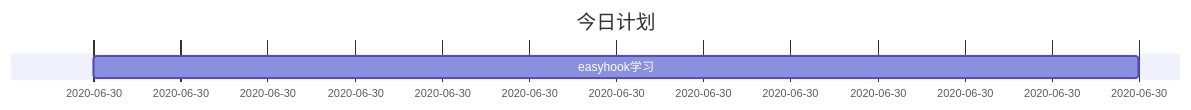
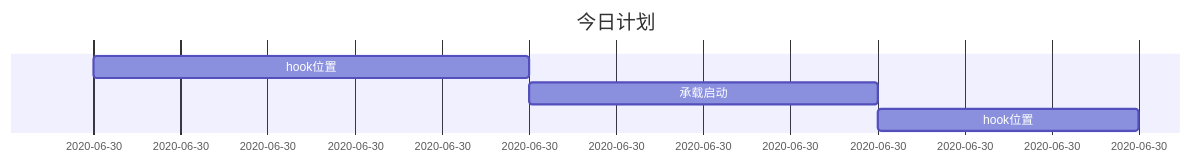
Before and after one commit to luotianqi777/Notebook: the second of 2 diagrams in Plan.md, drawn with Mermaid. The commit also changed other lines of this file and 1 other file, not shown here.

````diff
--- a/Plan.md
+++ b/Plan.md
@@ -18,6 +20,8 @@
 ```mermaid
 gantt
 dateFormat  HH:mm
 title 今日计划
-easyhook学习: 09:00, 21:00
+hook位置: 09:00, 14:00
+承载启动: 14:00, 18:00
+hook位置: 18:00, 21:00
 ```
````
